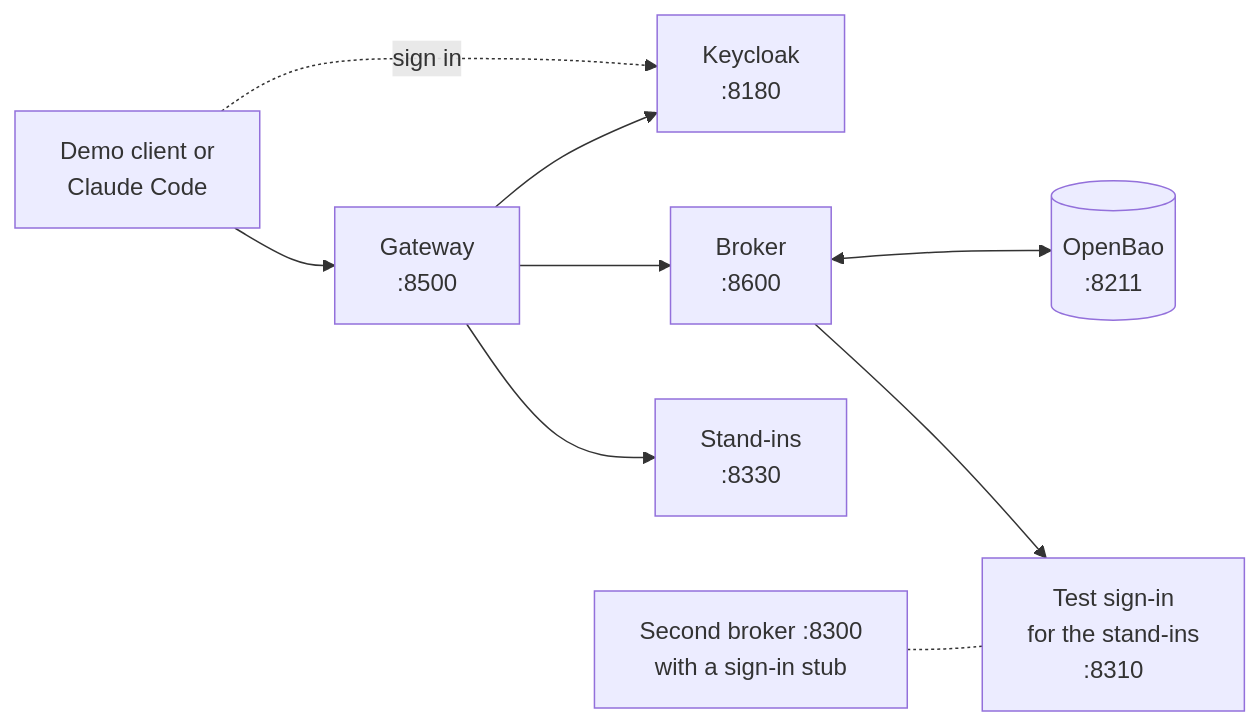
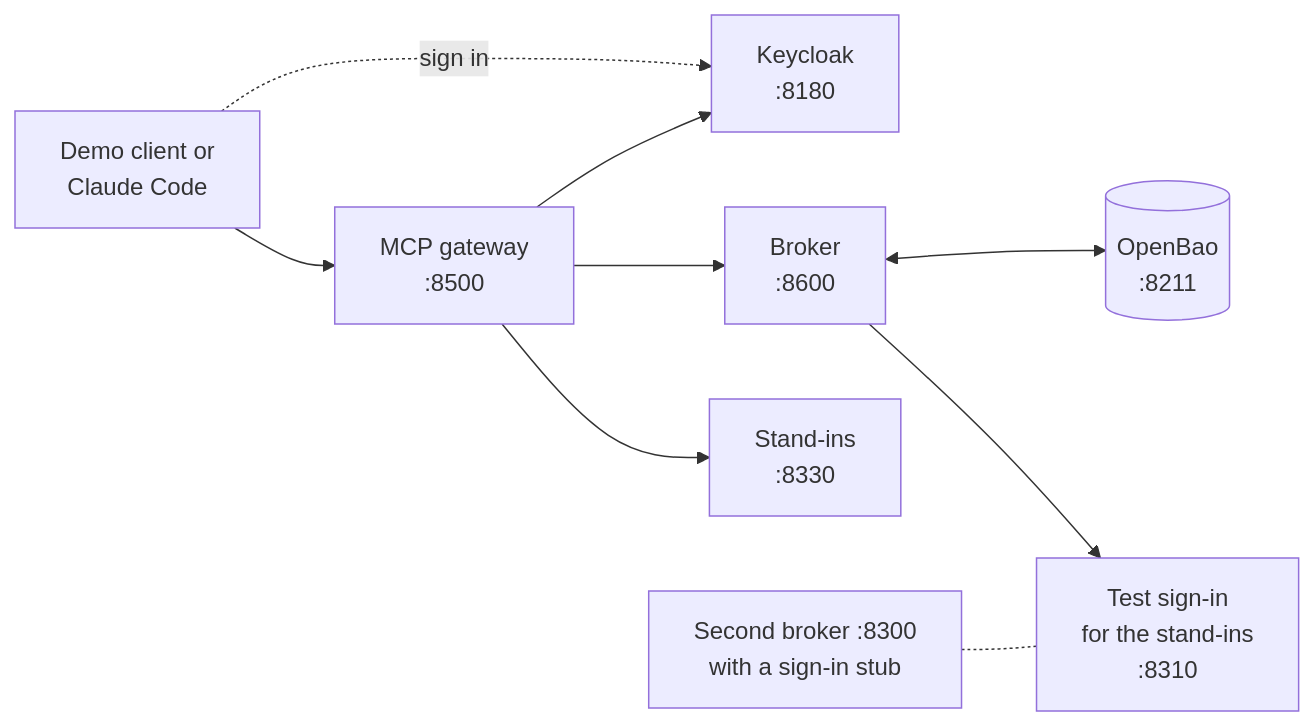
One commit to chief-builder/vendor-token-broker changed the diagram in docs/quickstart.md. Above: the diagram before and after it, drawn with Mermaid. The commit also changed 3 other files, not shown here.

Commit message:
docs: call the gateway the MCP gateway in diagrams

````diff
--- a/docs/quickstart.md
+++ b/docs/quickstart.md
@@ -35,11 +35,11 @@
 ```mermaid
 flowchart LR
-    C["Demo client or<br/>Claude Code"] --> G["Gateway<br/>:8500"]
+    C["Demo client or<br/>Claude Code"] --> G["MCP gateway<br/>:8500"]
     C -.->|"sign in"| K["Keycloak<br/>:8180"]
     G --> K
     G --> B["Broker<br/>:8600"]
     B <--> V[("OpenBao<br/>:8211")]
     G --> M["Stand-ins<br/>:8330"]
     B --> MV["Test sign-in<br/>for the stand-ins<br/>:8310"]
     X["Second broker :8300<br/>with a sign-in stub"] -.- MV
 ```
````
